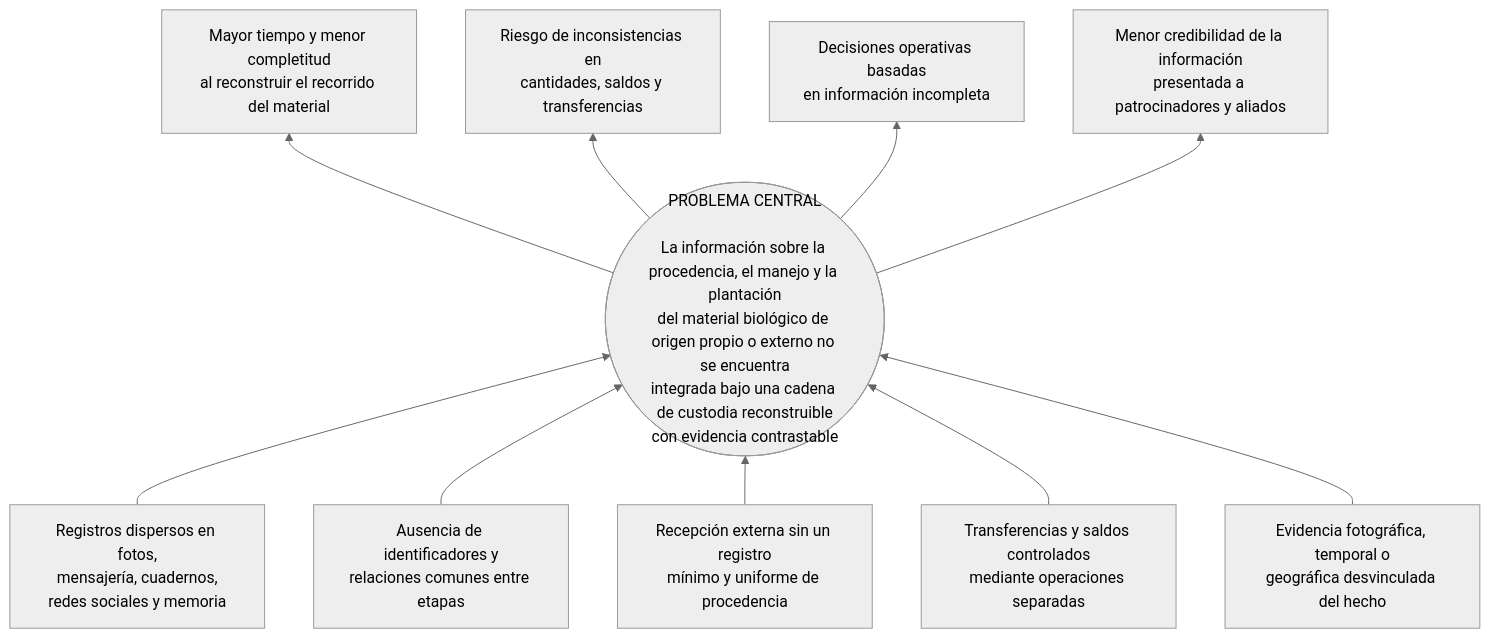
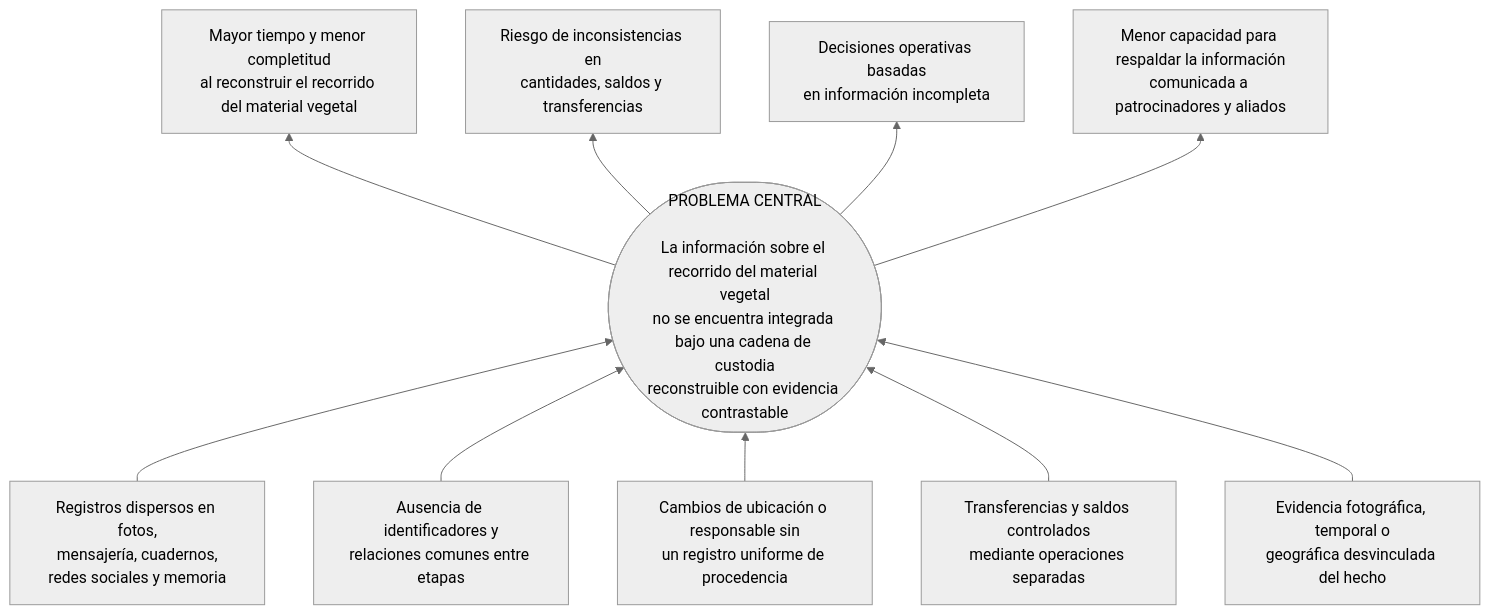
One commit to R3foresta/r3foresta-docs changed the first of 4 diagrams in documentacion-grado/06_entregables/perfil/PERFIL_PROYECTO_GRADO.md. Above: the diagram before and after it, drawn with Mermaid (neutral theme). The commit also changed other lines of this file and 9 other files, not shown here.

````diff
--- a/documentacion-grado/06_entregables/perfil/PERFIL_PROYECTO_GRADO.md
+++ b/documentacion-grado/06_entregables/perfil/PERFIL_PROYECTO_GRADO.md
@@ -105,25 +102,25 @@
 ```mermaid
 flowchart BT
     C1["Registros dispersos en fotos,<br/>mensajería, cuadernos,<br/>redes sociales y memoria"]
     C2["Ausencia de identificadores y<br/>relaciones comunes entre etapas"]
-    C3["Recepción externa sin un registro<br/>mínimo y uniforme de procedencia"]
+    C3["Cambios de ubicación o responsable sin<br/>un registro uniforme de procedencia"]
     C4["Transferencias y saldos controlados<br/>mediante operaciones separadas"]
     C5["Evidencia fotográfica, temporal o<br/>geográfica desvinculada del hecho"]
 
-    P(["PROBLEMA CENTRAL<br/><br/>La información sobre la procedencia, el manejo y la plantación<br/>del material biológico de origen propio o externo no se encuentra<br/>integrada bajo una cadena de custodia reconstruible<br/>con evidencia contrastable"])
+    P(["PROBLEMA CENTRAL<br/><br/>La información sobre el recorrido del material vegetal<br/>no se encuentra integrada bajo una cadena de custodia<br/>reconstruible con evidencia contrastable"])
 
-    E1["Mayor tiempo y menor completitud<br/>al reconstruir el recorrido del material"]
+    E1["Mayor tiempo y menor completitud<br/>al reconstruir el recorrido del material vegetal"]
     E2["Riesgo de inconsistencias en<br/>cantidades, saldos y transferencias"]
     E3["Decisiones operativas basadas<br/>en información incompleta"]
-    E4["Menor credibilidad de la información<br/>presentada a patrocinadores y aliados"]
+    E4["Menor capacidad para respaldar la información<br/>comunicada a patrocinadores y aliados"]
 
     C1 --> P
     C2 --> P
     C3 --> P
     C4 --> P
     C5 --> P
     P --> E1
     P --> E2
     P --> E3
     P --> E4
 ```
````
